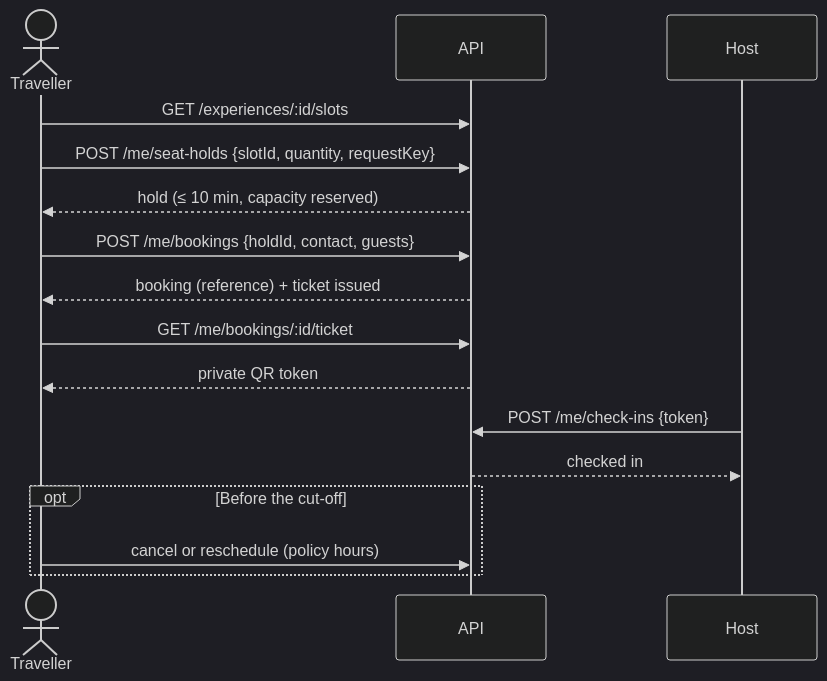
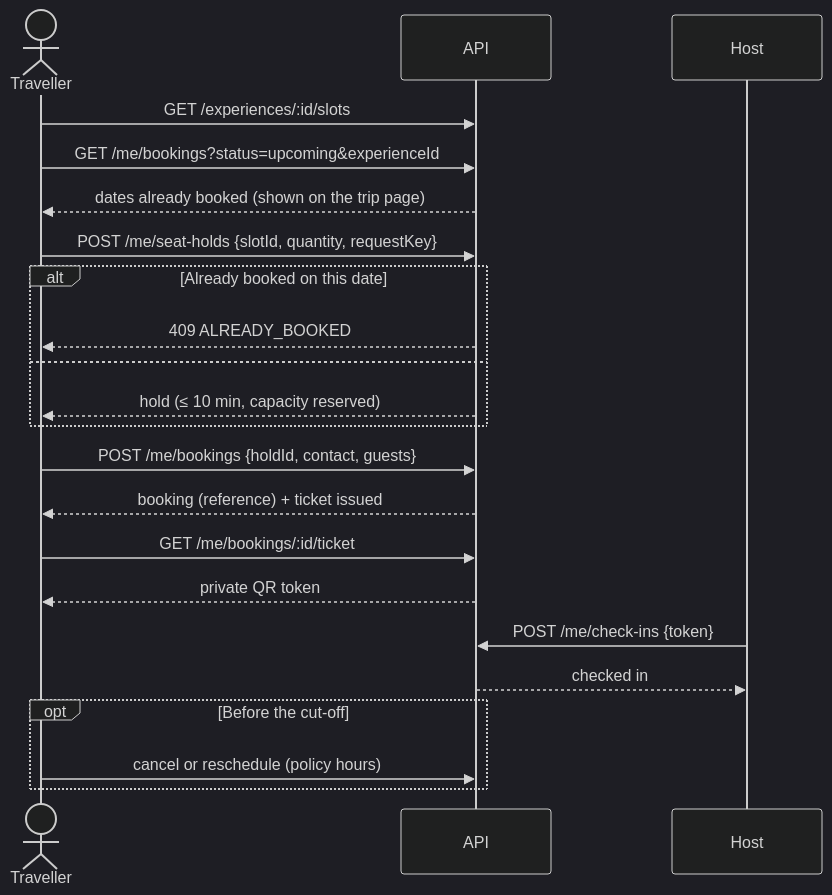
The sixth of 11 diagrams in docs/ARCHITECTURE.md (cdawork15/sikkim), drawn with Mermaid (dark theme) before and after one commit. The commit also changed other lines of this file and 64 other files, not shown here.

````diff
--- a/docs/ARCHITECTURE.md
+++ b/docs/ARCHITECTURE.md
@@ -122,18 +124,24 @@
 ```mermaid
 sequenceDiagram
   actor T as Traveller
   participant A as API
   participant H as Host
   T->>A: GET /experiences/:id/slots
+  T->>A: GET /me/bookings?status=upcoming&experienceId
+  A-->>T: dates already booked (shown on the trip page)
   T->>A: POST /me/seat-holds {slotId, quantity, requestKey}
-  A-->>T: hold (≤ 10 min, capacity reserved)
+  alt Already booked on this date
+    A-->>T: 409 ALREADY_BOOKED
+  else
+    A-->>T: hold (≤ 10 min, capacity reserved)
+  end
   T->>A: POST /me/bookings {holdId, contact, guests}
   A-->>T: booking (reference) + ticket issued
   T->>A: GET /me/bookings/:id/ticket
   A-->>T: private QR token
   H->>A: POST /me/check-ins {token}
   A-->>H: checked in
   opt Before the cut-off
     T->>A: cancel or reschedule (policy hours)
   end
 ```
````
